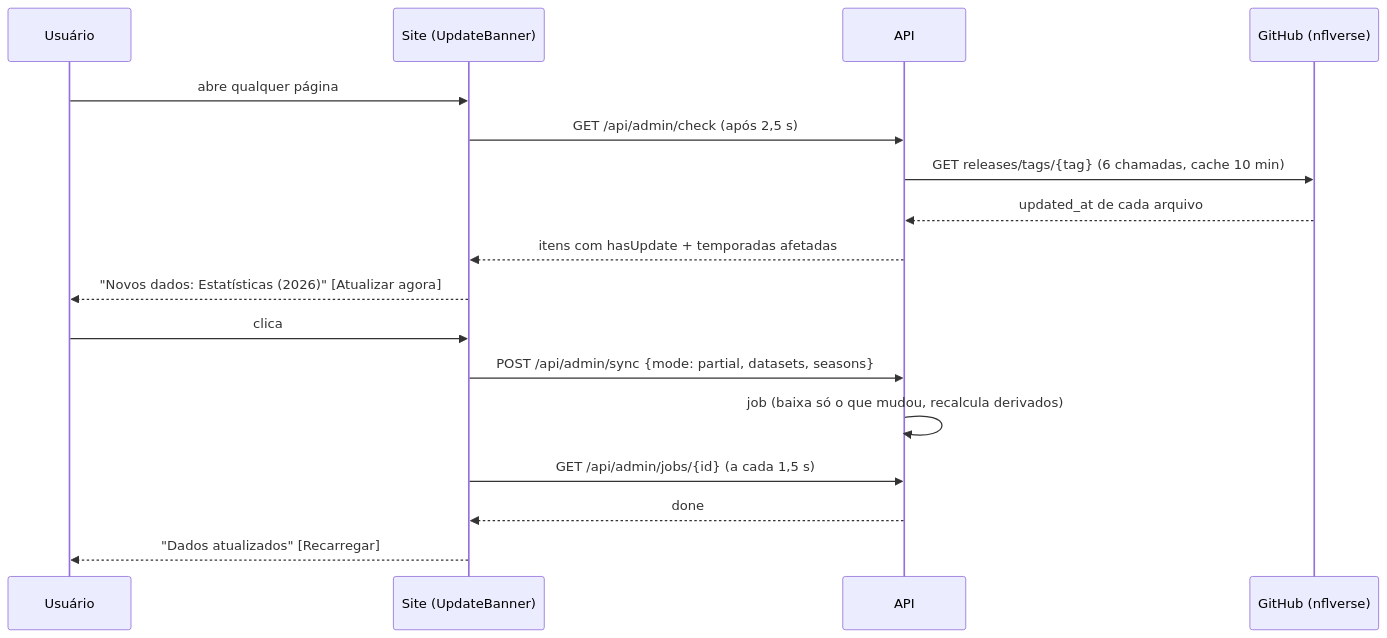
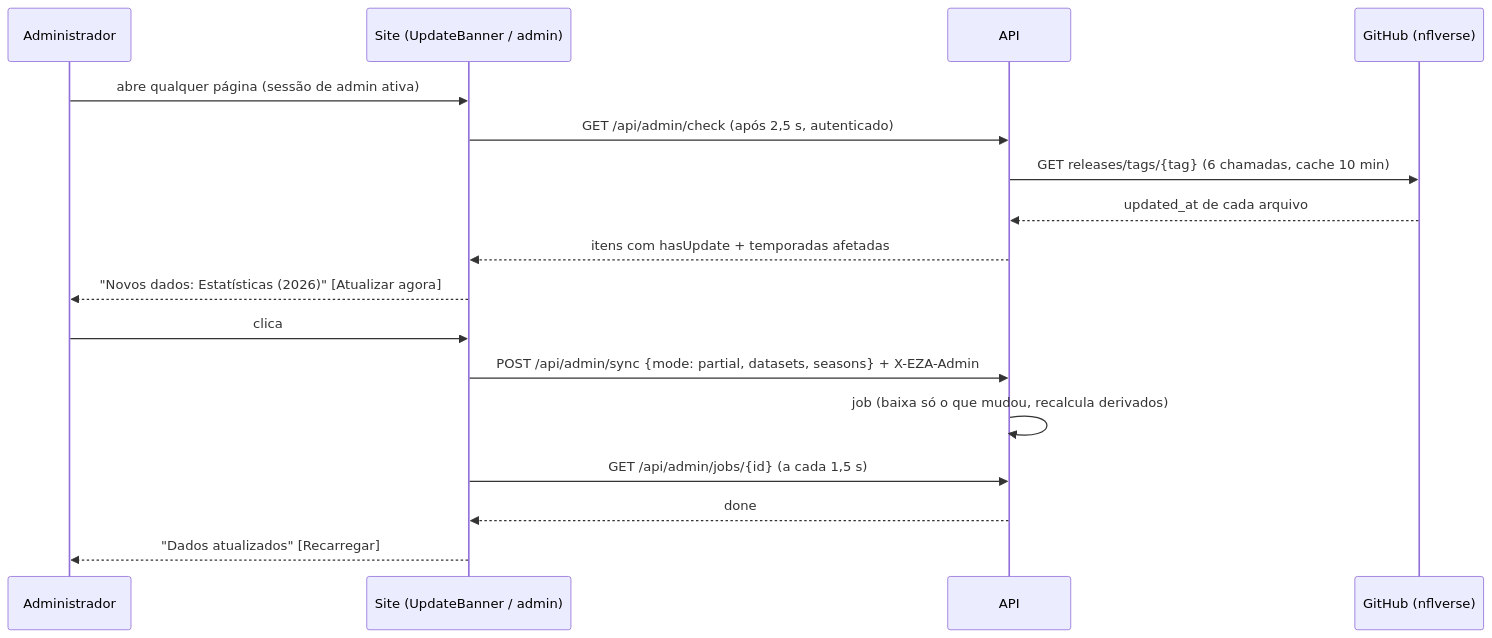
Before and after one commit to lucasllimati/end-zone-analytics: the fourth of 4 diagrams in docs/GUIA_COMPLETO.md, drawn with Mermaid. The commit also changed other lines of this file and 14 other files, not shown here.

````diff
--- a/docs/GUIA_COMPLETO.md
+++ b/docs/GUIA_COMPLETO.md
@@ -146,19 +151,19 @@
 ```mermaid
 sequenceDiagram
-    participant U as Usuário
-    participant W as Site (UpdateBanner)
+    participant U as Administrador
+    participant W as Site (UpdateBanner / admin)
     participant A as API
     participant G as GitHub (nflverse)
-    U->>W: abre qualquer página
-    W->>A: GET /api/admin/check (após 2,5 s)
+    U->>W: abre qualquer página (sessão de admin ativa)
+    W->>A: GET /api/admin/check (após 2,5 s, autenticado)
     A->>G: GET releases/tags/{tag} (6 chamadas, cache 10 min)
     G-->>A: updated_at de cada arquivo
     A-->>W: itens com hasUpdate + temporadas afetadas
     W-->>U: "Novos dados: Estatísticas (2026)" [Atualizar agora]
     U->>W: clica
-    W->>A: POST /api/admin/sync {mode: partial, datasets, seasons}
+    W->>A: POST /api/admin/sync {mode: partial, datasets, seasons} + X-EZA-Admin
     A->>A: job (baixa só o que mudou, recalcula derivados)
     W->>A: GET /api/admin/jobs/{id} (a cada 1,5 s)
     A-->>W: done
     W-->>U: "Dados atualizados" [Recarregar]
 ```
````
